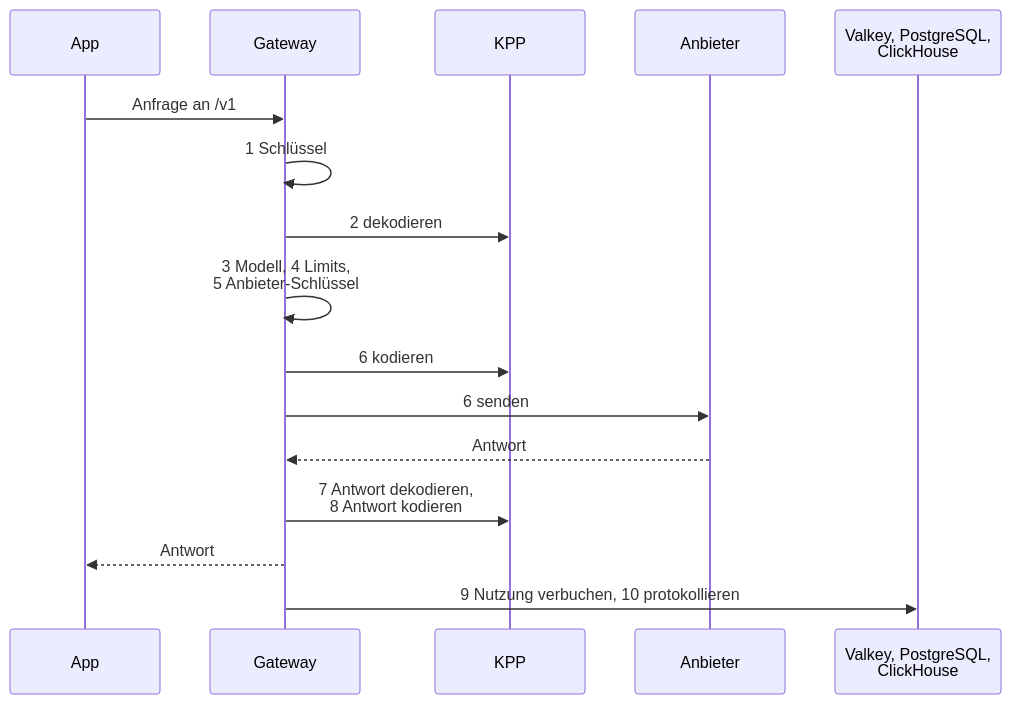
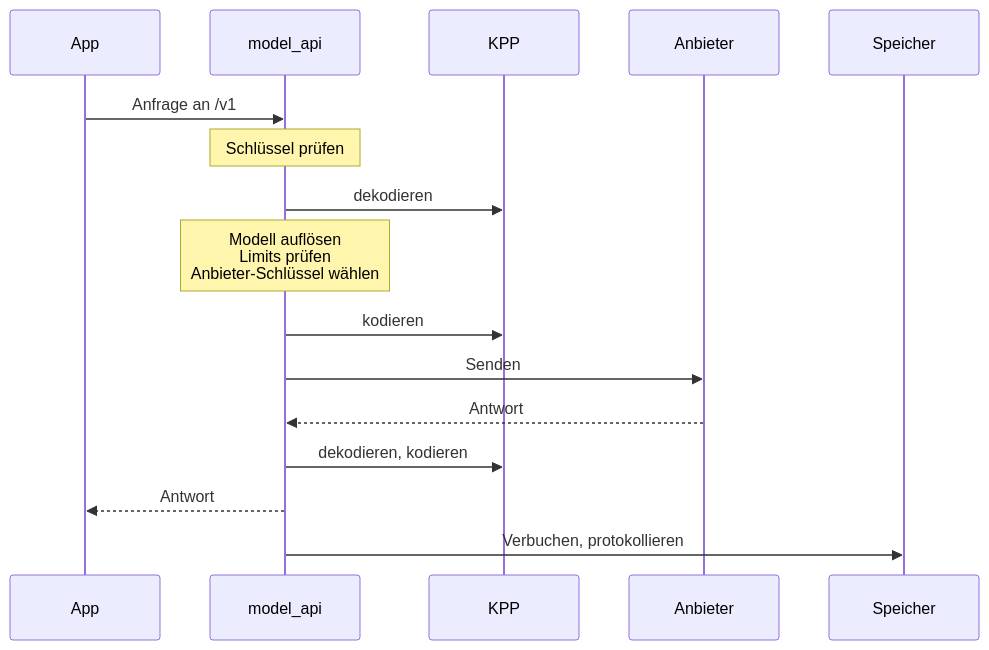
Before and after one commit to logicplanes/kaeso: the diagram in apps/docs/content/de/development/architecture/gateway.md, drawn with Mermaid. The commit also changed 89 other files, not shown here.

First line of the commit message:
Redraw the development pages' diagrams around what a contributor changes

````diff
--- a/apps/docs/content/de/development/architecture/gateway.md
+++ b/apps/docs/content/de/development/architecture/gateway.md
@@ -13,20 +13,20 @@
 ```mermaid
 sequenceDiagram
   accTitle: Der Weg einer Anfrage an die Modell-API
-  accDescr: Das Gateway prüft den Schlüssel, dekodiert die Anfrage mit KPP, löst das Modell auf, prüft die Limits, wählt den Anbieter-Schlüssel, kodiert die Anfrage mit KPP und sendet sie. Es dekodiert die Antwort und kodiert sie mit KPP für die App, verbucht dann die Nutzung in Valkey und PostgreSQL und protokolliert die Anfrage in ClickHouse.
+  accDescr: Die Modell-API prüft den Schlüssel, dekodiert die Anfrage mit KPP, löst das Modell auf, prüft die Limits, wählt den Anbieter-Schlüssel, kodiert die Anfrage mit KPP und sendet sie. Sie dekodiert die Antwort und kodiert sie mit KPP für die App, antwortet, verbucht dann die Nutzung in Valkey und PostgreSQL und protokolliert die Anfrage in ClickHouse.
   participant App
-  participant Gateway
+  participant Gateway as model_api
   participant KPP
   participant Provider as Anbieter
-  participant Stores as Valkey, PostgreSQL,<br>ClickHouse
+  participant Stores as Speicher
   App->>Gateway: Anfrage an /v1
-  Gateway->>Gateway: 1 Schlüssel
-  Gateway->>KPP: 2 dekodieren
-  Gateway->>Gateway: 3 Modell, 4 Limits,<br>5 Anbieter-Schlüssel
-  Gateway->>KPP: 6 kodieren
-  Gateway->>Provider: 6 senden
+  Note over Gateway: Schlüssel prüfen
+  Gateway->>KPP: dekodieren
+  Note over Gateway: Modell auflösen<br>Limits prüfen<br>Anbieter-Schlüssel wählen
+  Gateway->>KPP: kodieren
+  Gateway->>Provider: Senden
   Provider-->>Gateway: Antwort
-  Gateway->>KPP: 7 Antwort dekodieren,<br>8 Antwort kodieren
+  Gateway->>KPP: dekodieren, kodieren
   Gateway-->>App: Antwort
-  Gateway->>Stores: 9 Nutzung verbuchen, 10 protokollieren
+  Gateway->>Stores: Verbuchen, protokollieren
 ```
````
